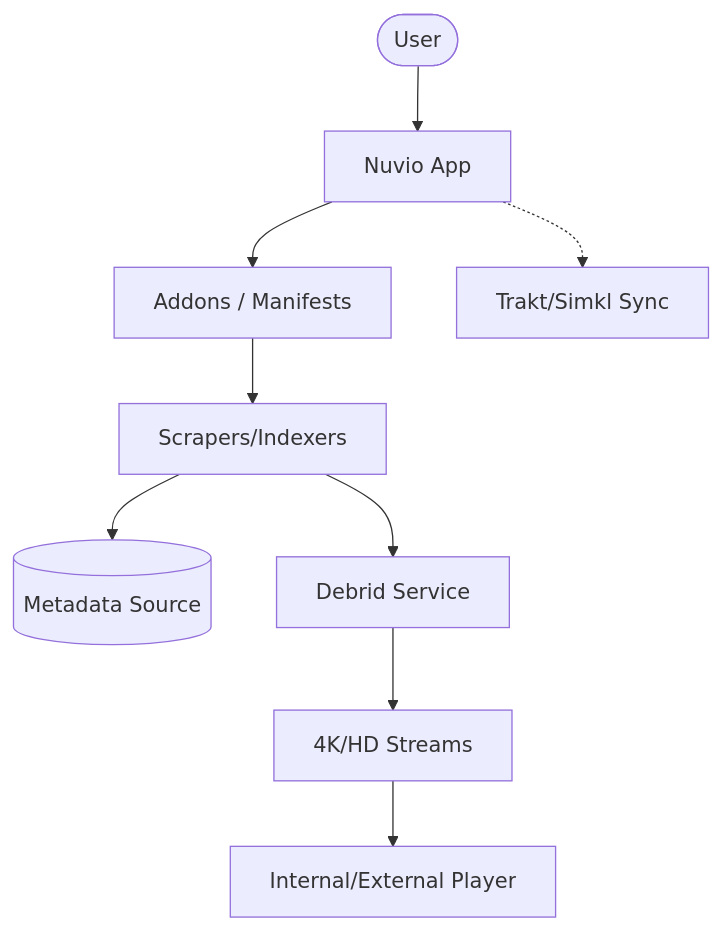
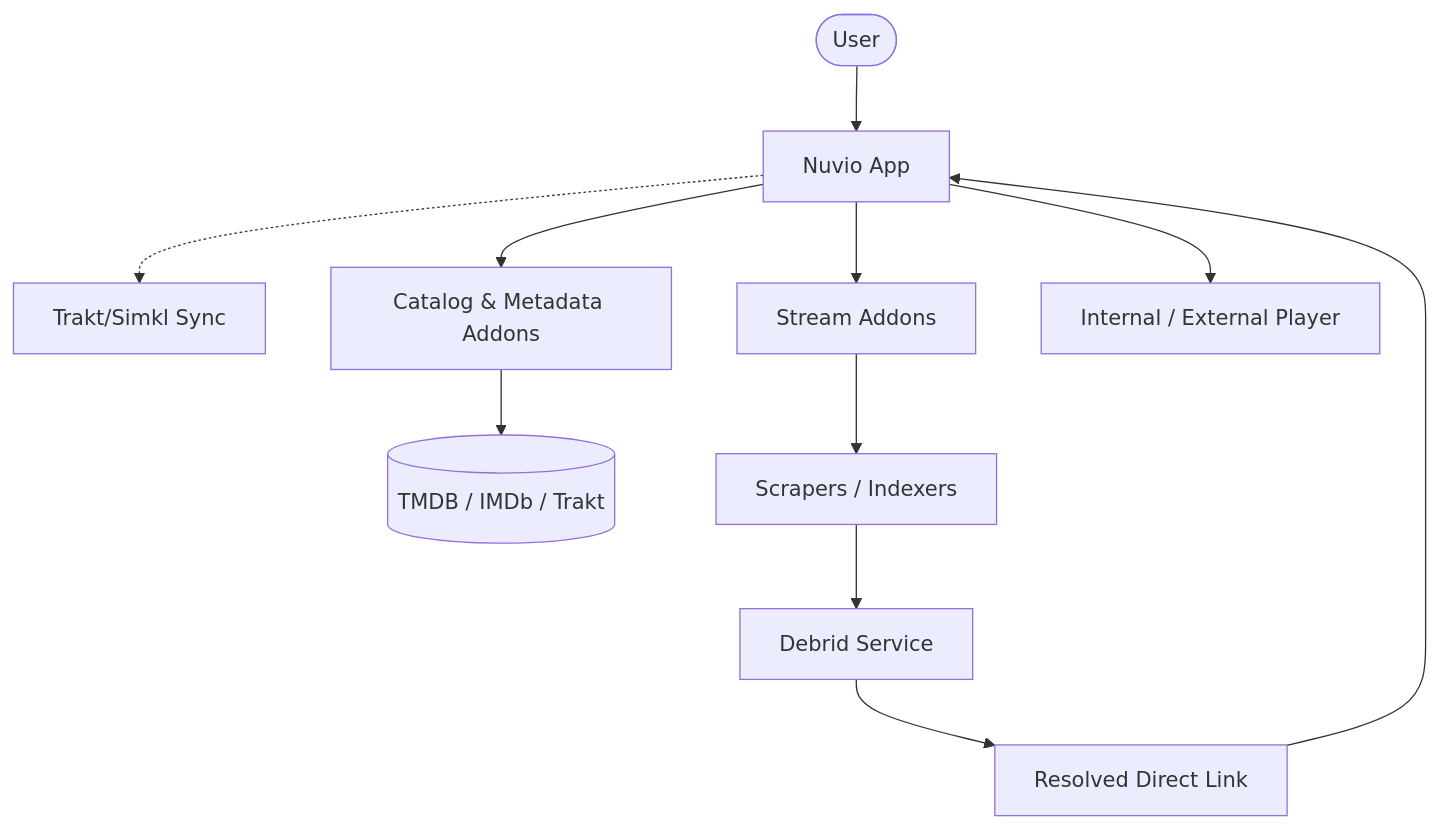
Before and after one commit to haaihond/Nuvio-Wiki: the diagram in docs/overview.md, drawn with Mermaid.

````diff
--- a/docs/overview.md
+++ b/docs/overview.md
@@ -14,11 +14,21 @@
 ```mermaid
 graph TD
     User([User]) --> App[Nuvio App]
-    App --> Addons[Addons / Manifests]
-    Addons --> Scrapers[Scrapers/Indexers]
-    Scrapers --> Metadata[(Metadata Source)]
+    
+    %% Syncing
+    App -.-> Trakt[Trakt/Simkl Sync]
+    
+    %% UI Generation Flow
+    App --> MetaAddons[Catalog & Metadata Addons]
+    MetaAddons --> Metadata[(TMDB / IMDb / Trakt)]
+    
+    %% Playback Flow (Triggers on click)
+    App --> StreamAddons[Stream Addons]
+    StreamAddons --> Scrapers[Scrapers / Indexers]
     Scrapers --> Debrid[Debrid Service]
-    Debrid --> Streams[4K/HD Streams]
-    Streams --> Player[Internal/External Player]
-    App -.-> Trakt[Trakt/Simkl Sync]
+    
+    %% Routing the stream
+    Debrid --> Links[Resolved Direct Link]
+    Links --> App
+    App --> Player[Internal / External Player]
 ```
````
